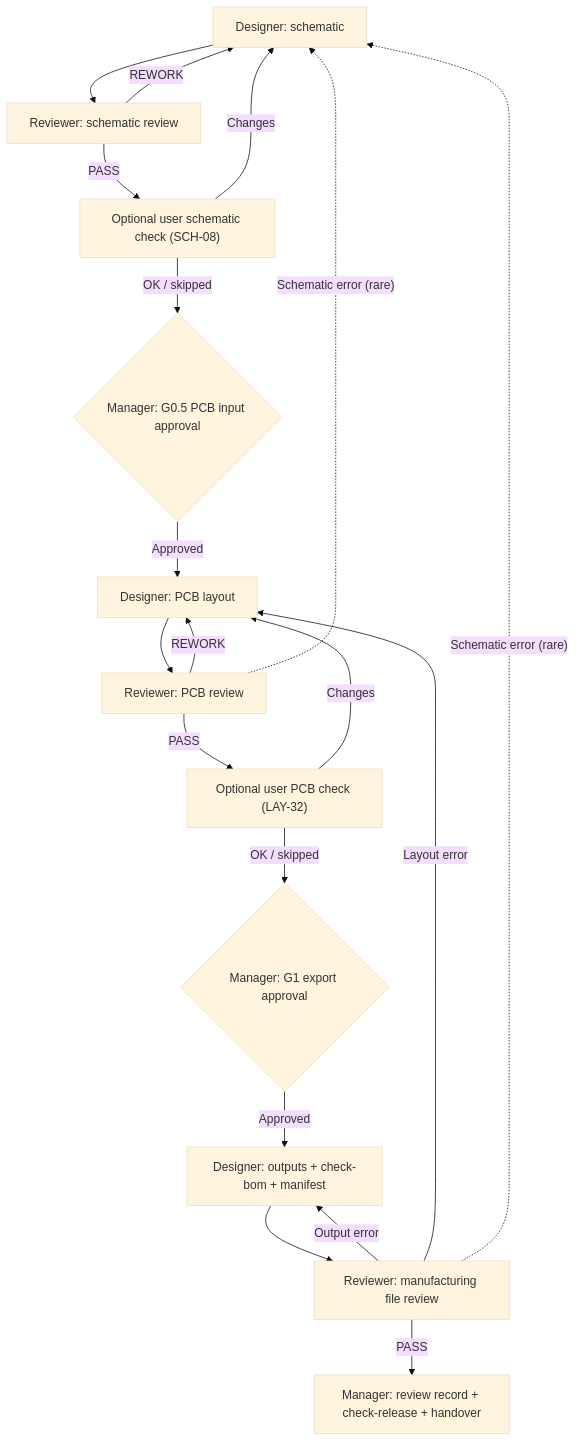
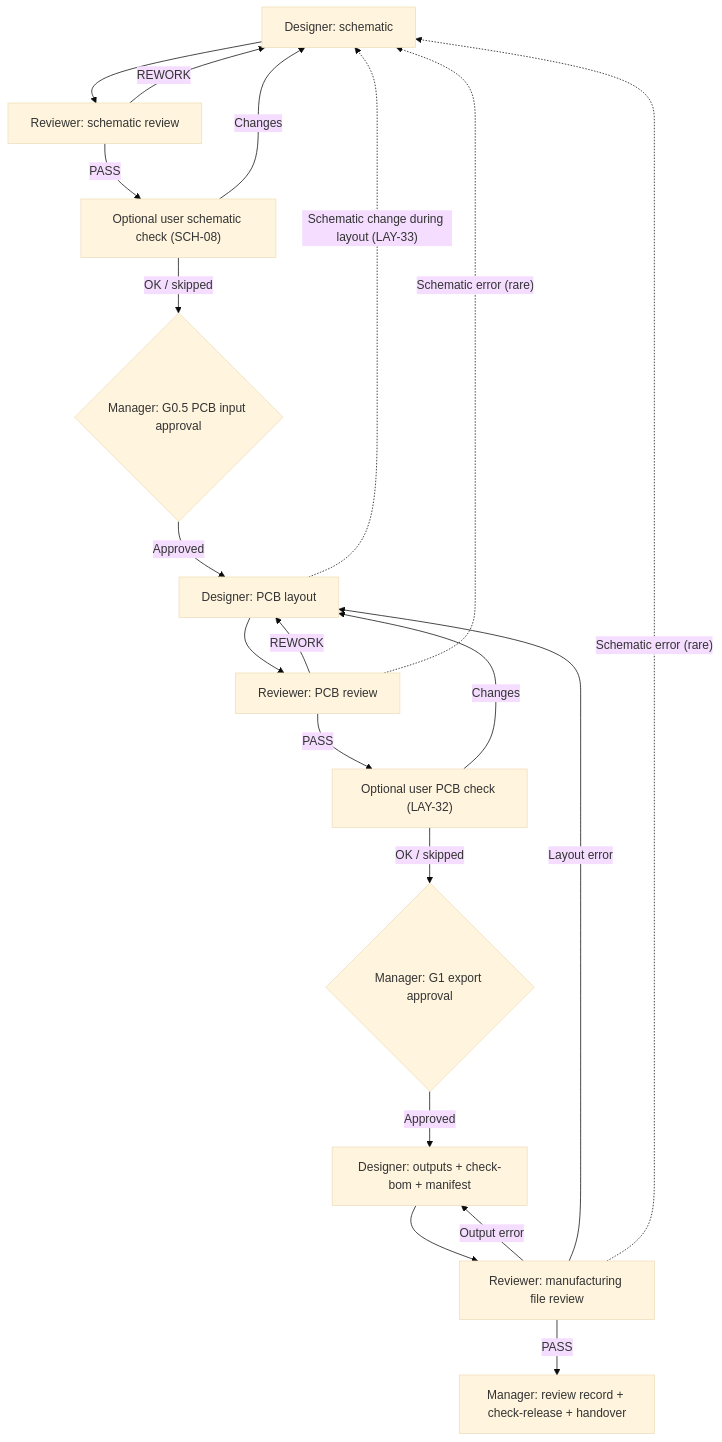
One commit to d0ukan/ai-hw-designer changed the diagram in Hardware-Roles.md. Above: the diagram before and after it, drawn with Mermaid (base theme). The commit also changed other lines of this file and 8 other files, not shown here.

Commit message:
v1.31: PCB prep during schematic (SCH-16), PCB notes (SCH-17), schematic change during layout loop (LAY-33), DES-16, REV-19

````diff
--- a/Hardware-Roles.md
+++ b/Hardware-Roles.md
@@ -123,21 +125,22 @@
 ```mermaid
 flowchart TD
     S["Designer: schematic"] --> SR["Reviewer: schematic review"]
     SR -->|"REWORK"| S
     SR -->|"PASS"| US["Optional user schematic check (SCH-08)"]
     US -->|"Changes"| S
     US -->|"OK / skipped"| G05{"Manager: G0.5 PCB input approval"}
     G05 -->|"Approved"| D["Designer: PCB layout"]
     D --> R["Reviewer: PCB review"]
     R -->|"REWORK"| D
     R -->|"PASS"| UP["Optional user PCB check (LAY-32)"]
     UP -->|"Changes"| D
     UP -->|"OK / skipped"| M{"Manager: G1 export approval"}
     M -->|"Approved"| E["Designer: outputs + check-bom + manifest"]
     E --> V["Reviewer: manufacturing file review"]
     V -->|"Output error"| E
     V -->|"Layout error"| D
+    D -.->|"Schematic change during layout (LAY-33)"| S
     R -.->|"Schematic error (rare)"| S
     V -.->|"Schematic error (rare)"| S
     V -->|"PASS"| H["Manager: review record + check-release + handover"]
 ```
````
